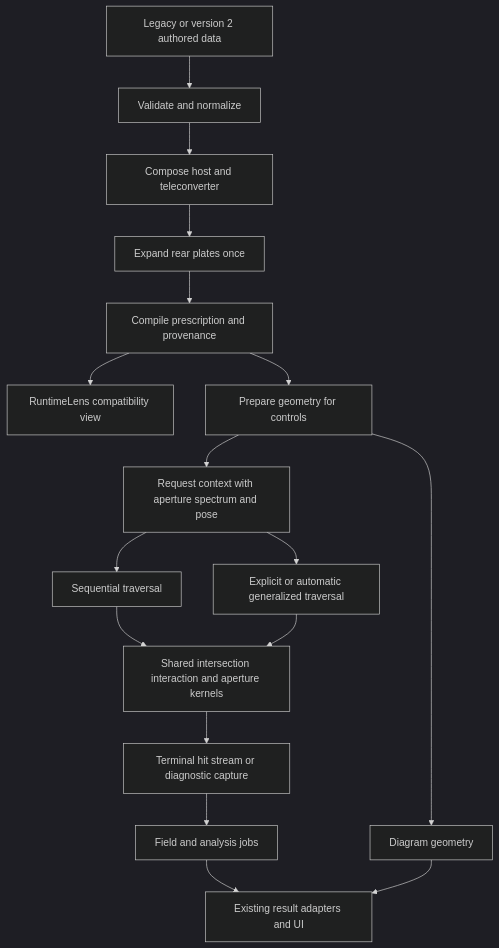
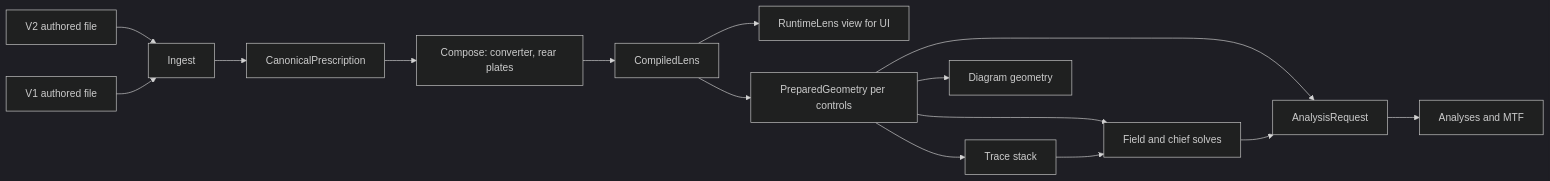
The first of 2 diagrams in OPTICS_ENGINE_REWRITE_SPEC.md (ronbuening/LensVisualizer), drawn with Mermaid (dark theme) before and after one commit. The commit also changed other lines of this file and 1 other file, not shown here.

First line of the commit message:
docs(optics): restructure engine rewrite spec around maintainability and V2 lens data

````diff
--- a/OPTICS_ENGINE_REWRITE_SPEC.md
+++ b/OPTICS_ENGINE_REWRITE_SPEC.md
@@ -123,19 +394,17 @@
 ```mermaid
-flowchart TD
-  A[Legacy or version 2 authored data] --> B[Validate and normalize]
-  B --> C[Compose host and teleconverter]
-  C --> D[Expand rear plates once]
-  D --> E[Compile prescription and provenance]
-  E --> F[RuntimeLens compatibility view]
-  E --> G[Prepare geometry for controls]
-  G --> H[Request context with aperture spectrum and pose]
-  H --> I[Sequential traversal]
-  H --> J[Explicit or automatic generalized traversal]
-  I --> K[Shared intersection interaction and aperture kernels]
-  J --> K
-  K --> L[Terminal hit stream or diagnostic capture]
-  L --> M[Field and analysis jobs]
-  G --> N[Diagram geometry]
-  M --> O[Existing result adapters and UI]
-  N --> O
+flowchart LR
+  V2[V2 authored file] --> I[Ingest]
+  V1[V1 authored file] --> I
+  I --> C[CanonicalPrescription]
+  C --> X[Compose: converter, rear plates]
+  X --> K[CompiledLens]
+  K --> R[RuntimeLens view for UI]
+  K --> G[PreparedGeometry per controls]
+  G --> T[Trace stack]
+  G --> F[Field and chief solves]
+  T --> F
+  G --> Q[AnalysisRequest]
+  F --> Q
+  Q --> A[Analyses and MTF]
+  G --> D[Diagram geometry]
 ```
````
